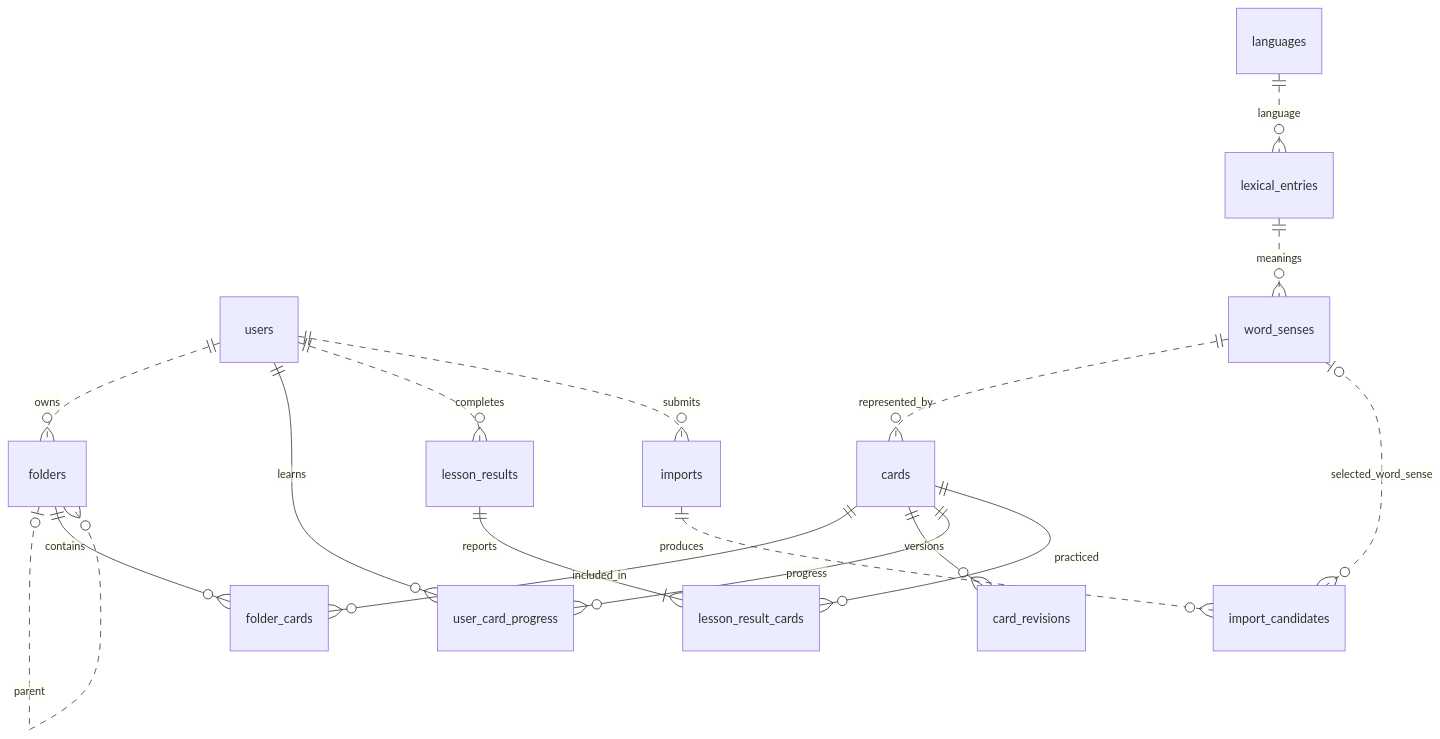
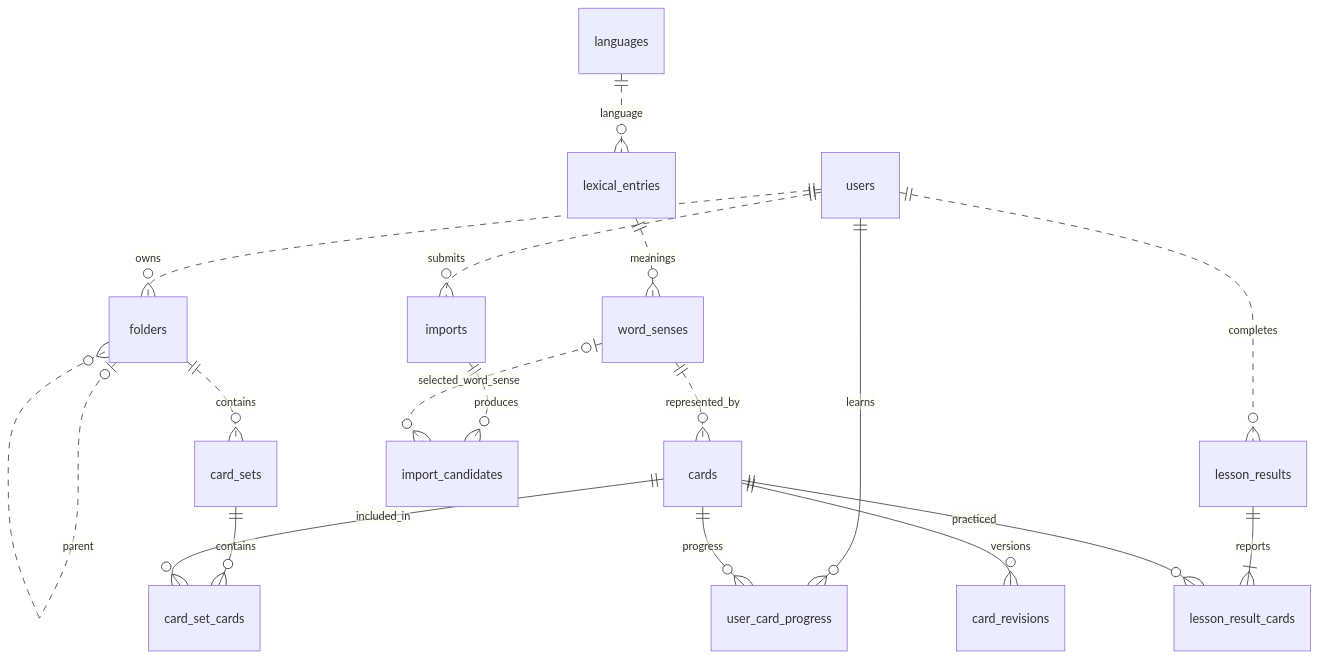
One commit to flairgc/kompotik changed the first of 9 diagrams in doc/database-er.md. Above: the diagram before and after it, drawn with Mermaid. The commit also changed other lines of this file and 6 other files, not shown here.

````diff
--- a/doc/database-er.md
+++ b/doc/database-er.md
@@ -20,33 +20,35 @@
 ```mermaid
 erDiagram
     users["users"]
     folders["folders"]
-    folderCards["folder_cards"]
+    cardSets["card_sets"]
+    cardSetCards["card_set_cards"]
     languages["languages"]
     lexicalEntries["lexical_entries"]
     word_senses["word_senses"]
     cards["cards"]
     cardRevisions["card_revisions"]
     userCardProgress["user_card_progress"]
     lessonResults["lesson_results"]
     lessonResultCards["lesson_result_cards"]
     imports["imports"]
     importCandidates["import_candidates"]
 
     users ||..o{ folders : owns
     folders |o..o{ folders : parent
-    folders ||--o{ folderCards : contains
-    cards ||--o{ folderCards : included_in
+    folders ||..o{ cardSets : contains
+    cardSets ||--o{ cardSetCards : contains
+    cards ||--o{ cardSetCards : included_in
     languages ||..o{ lexicalEntries : language
     lexicalEntries ||..o{ word_senses : meanings
     word_senses ||..o{ cards : represented_by
     cards ||--o{ cardRevisions : versions
     users ||--o{ userCardProgress : learns
     cards ||--o{ userCardProgress : progress
     users ||..o{ lessonResults : completes
     lessonResults ||--|{ lessonResultCards : reports
     cards ||--o{ lessonResultCards : practiced
     users ||..o{ imports : submits
     imports ||..o{ importCandidates : produces
     word_senses |o..o{ importCandidates : selected_word_sense
 ```
````
